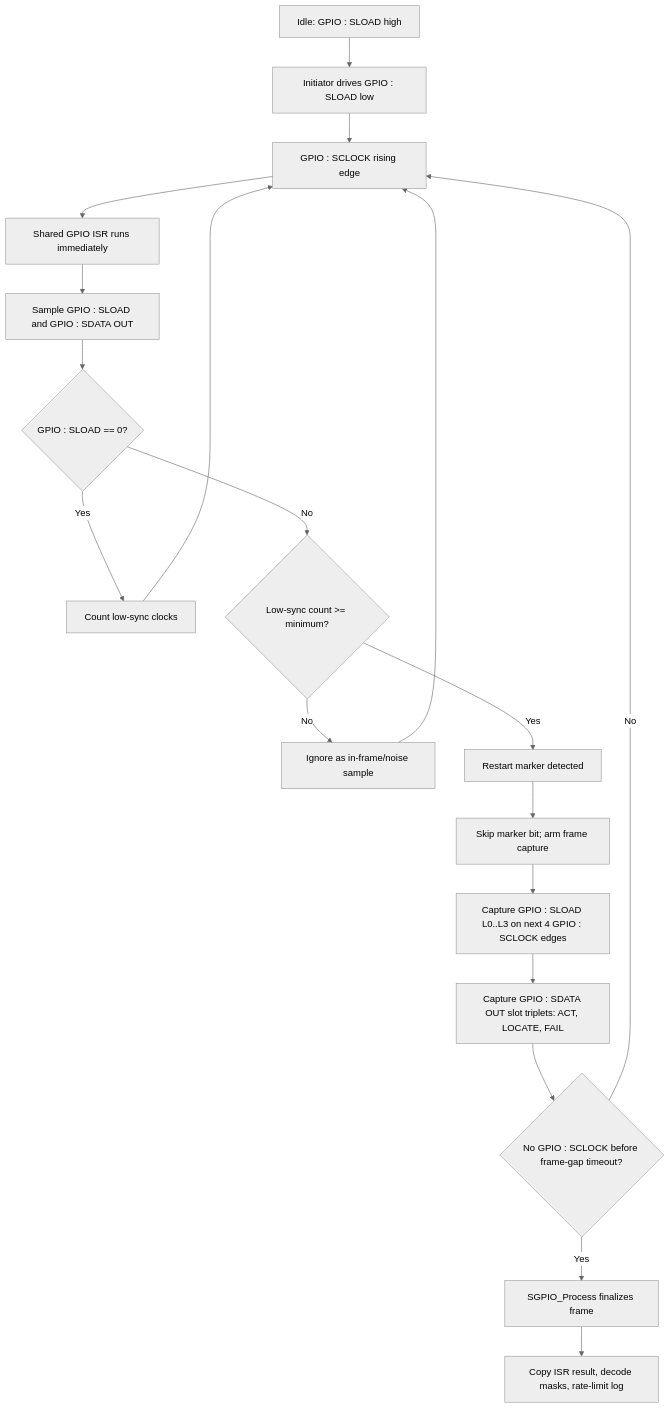
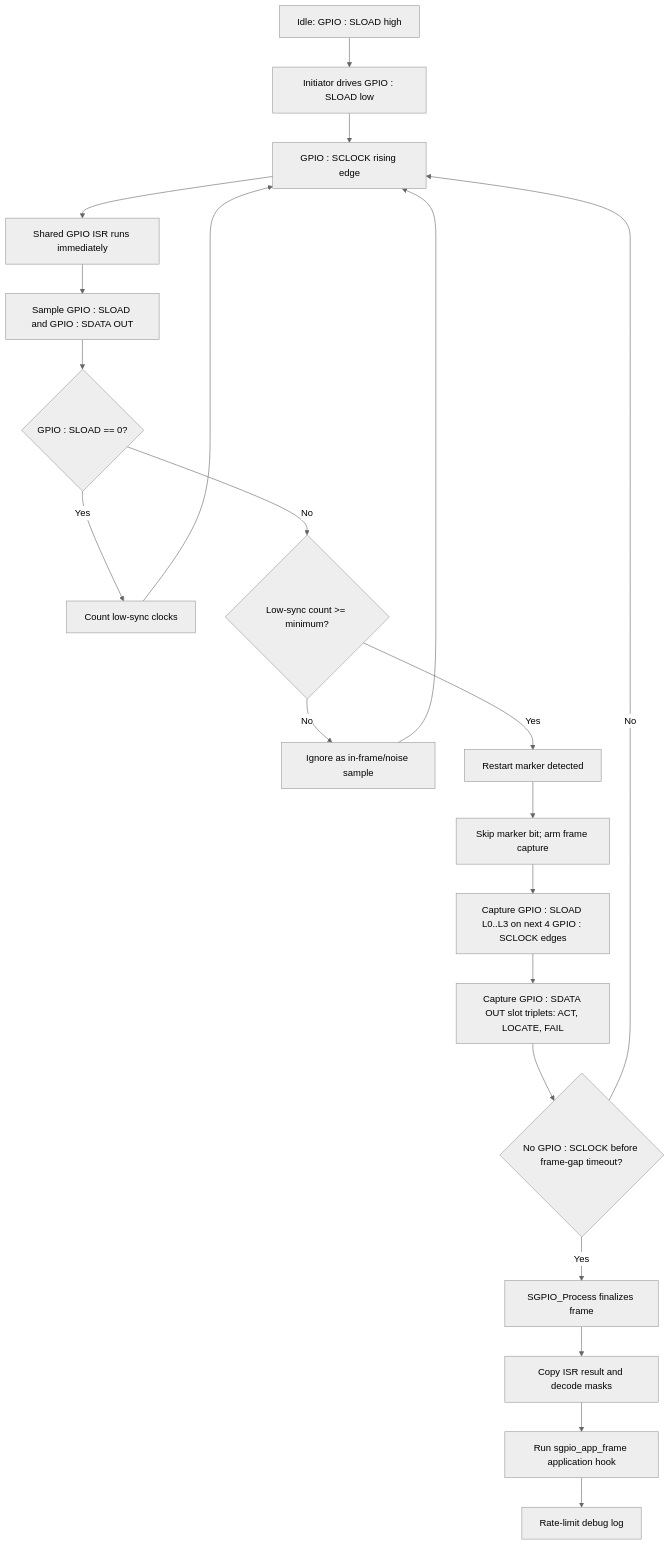
The diagram in README.md (released/M031BSP_Software_SGPIO), drawn with Mermaid (neutral theme) before and after one commit. The commit also changed other lines of this file and 6 other files, not shown here.

````diff
--- a/README.md
+++ b/README.md
@@ -127,21 +160,23 @@
 ```mermaid
 flowchart TD
     A["Idle: GPIO : SLOAD high"] --> B["Initiator drives GPIO : SLOAD low"]
     B --> C["GPIO : SCLOCK rising edge"]
     C --> D["Shared GPIO ISR runs immediately"]
     D --> E["Sample GPIO : SLOAD and GPIO : SDATA OUT"]
     E --> F{"GPIO : SLOAD == 0?"}
     F -->|Yes| G["Count low-sync clocks"]
     G --> C
     F -->|No| H{"Low-sync count >= minimum?"}
     H -->|No| I["Ignore as in-frame/noise sample"]
     I --> C
     H -->|Yes| J["Restart marker detected"]
     J --> K["Skip marker bit; arm frame capture"]
     K --> L["Capture GPIO : SLOAD L0..L3 on next 4 GPIO : SCLOCK edges"]
     L --> M["Capture GPIO : SDATA OUT slot triplets: ACT, LOCATE, FAIL"]
     M --> N{"No GPIO : SCLOCK before frame-gap timeout?"}
     N -->|No| C
     N -->|Yes| O["SGPIO_Process finalizes frame"]
-    O --> P["Copy ISR result, decode masks, rate-limit log"]
+    O --> P["Copy ISR result and decode masks"]
+    P --> Q["Run sgpio_app_frame application hook"]
+    Q --> R["Rate-limit debug log"]
 ```
````
